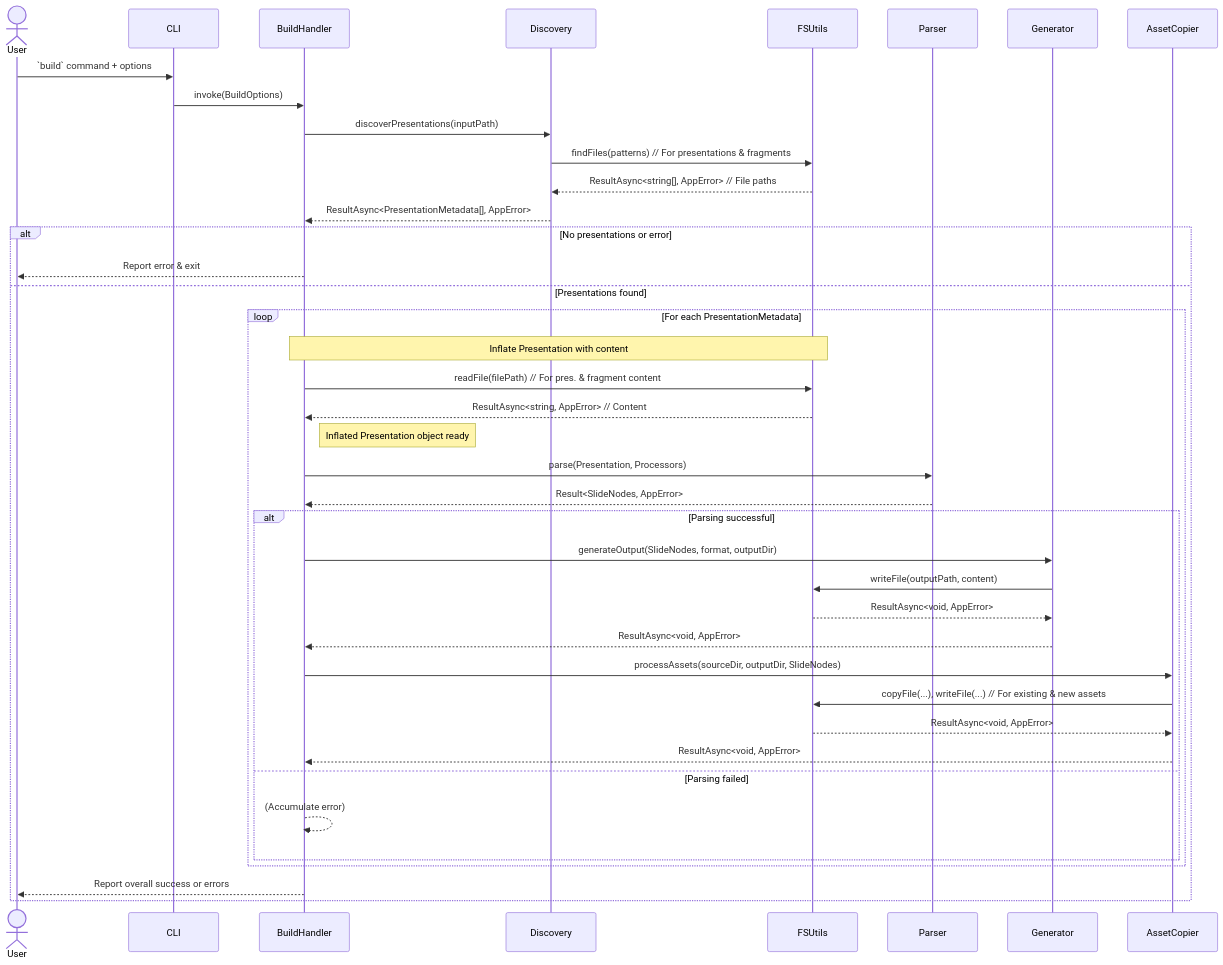
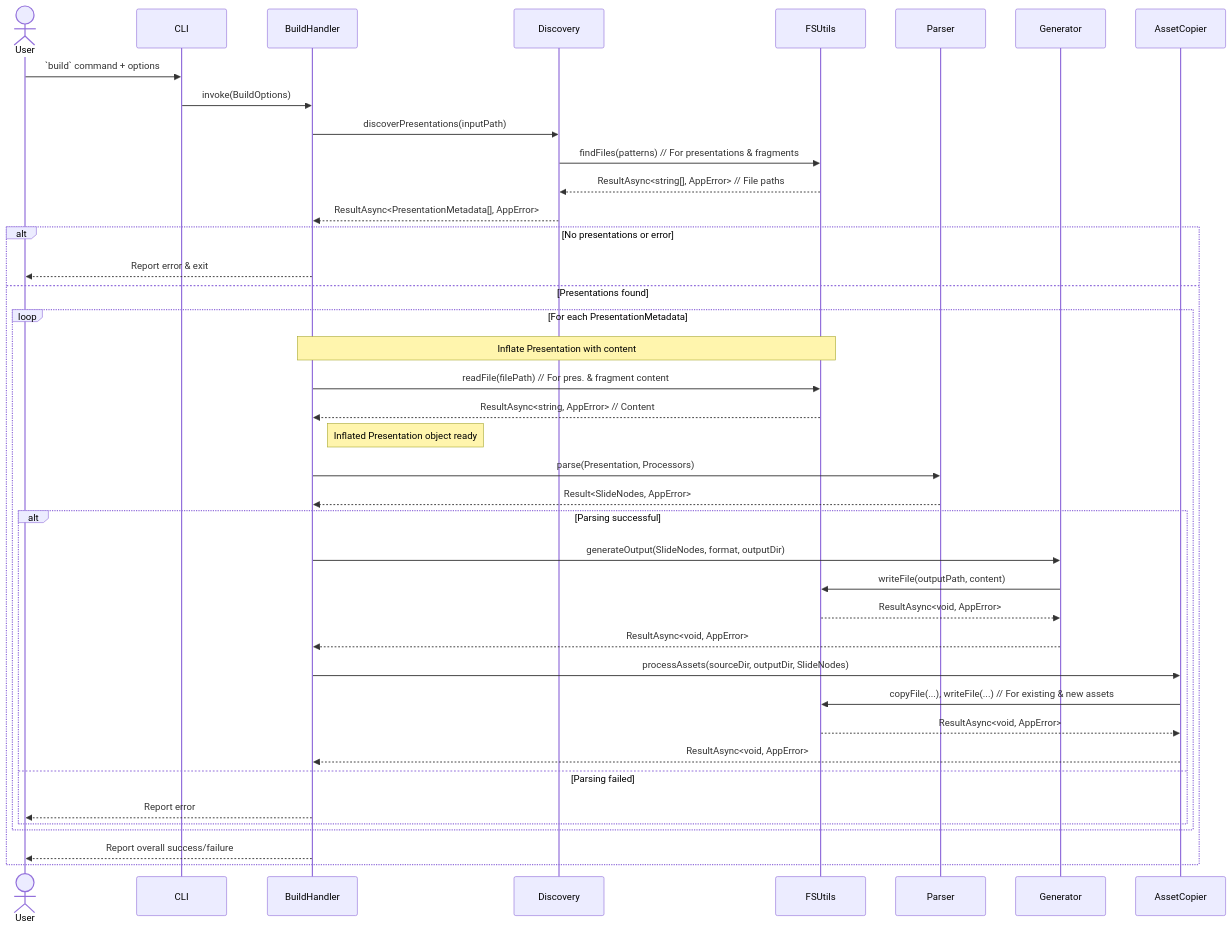
The first of 2 diagrams in _docs/20-System-Design.md (ajelinek/parse-a-slide), drawn with Mermaid before and after one commit. The commit also changed other lines of this file and 1 other file, not shown here.

Commit message:
docs: add watcher component and update system diagrams and feature descriptions

````diff
--- a/_docs/20-System-Design.md
+++ b/_docs/20-System-Design.md
@@ -170,48 +171,48 @@
 ```mermaid
 sequenceDiagram
     actor User
     participant CLI
     participant BuildHandler
     participant Discovery
     participant FSUtils
     participant Parser
     participant Generator
     participant AssetCopier
 
     User->>CLI: `build` command + options
     CLI->>BuildHandler: invoke(BuildOptions)
 
     BuildHandler->>Discovery: discoverPresentations(inputPath)
     Discovery->>FSUtils: findFiles(patterns)  // For presentations & fragments
     FSUtils-->>Discovery: ResultAsync<string[], AppError> // File paths
     Discovery-->>BuildHandler: ResultAsync<PresentationMetadata[], AppError>
 
     alt No presentations or error
         BuildHandler-->>User: Report error & exit
     else Presentations found
         loop For each PresentationMetadata
             note over BuildHandler, FSUtils: Inflate Presentation with content
             BuildHandler->>FSUtils: readFile(filePath) // For pres. & fragment content
             FSUtils-->>BuildHandler: ResultAsync<string, AppError> // Content
             note right of BuildHandler: Inflated Presentation object ready
 
             BuildHandler->>Parser: parse(Presentation, Processors)
             Parser-->>BuildHandler: Result<SlideNodes, AppError>
 
             alt Parsing successful
                 BuildHandler->>Generator: generateOutput(SlideNodes, format, outputDir)
                 Generator->>FSUtils: writeFile(outputPath, content)
                 FSUtils-->>Generator: ResultAsync<void, AppError>
                 Generator-->>BuildHandler: ResultAsync<void, AppError>
 
                 BuildHandler->>AssetCopier: processAssets(sourceDir, outputDir, SlideNodes)
                 AssetCopier->>FSUtils: copyFile(...), writeFile(...) // For existing & new assets
                 FSUtils-->>AssetCopier: ResultAsync<void, AppError>
                 AssetCopier-->>BuildHandler: ResultAsync<void, AppError>
             else Parsing failed
-                BuildHandler-->>BuildHandler: (Accumulate error)
+                BuildHandler-->>User: Report error
             end
         end
-        BuildHandler-->>User: Report overall success or errors
+        BuildHandler-->>User: Report overall success/failure
     end
 ```
````
